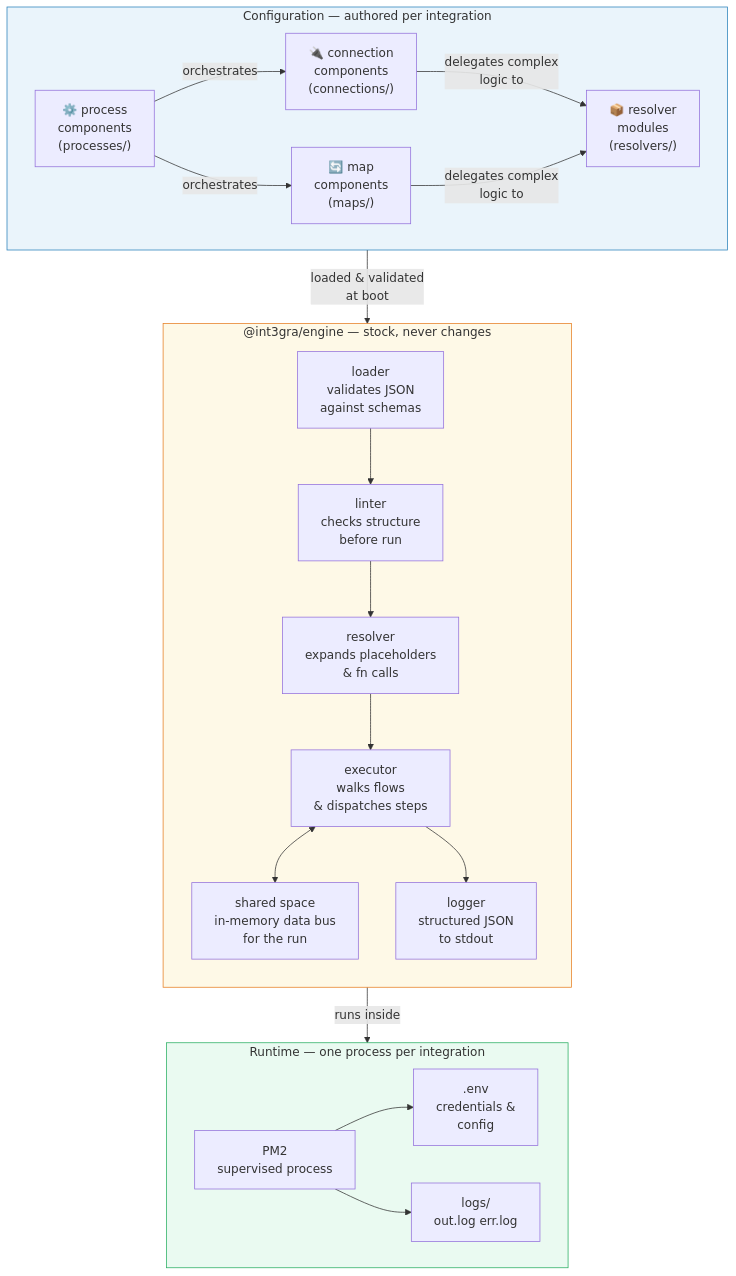
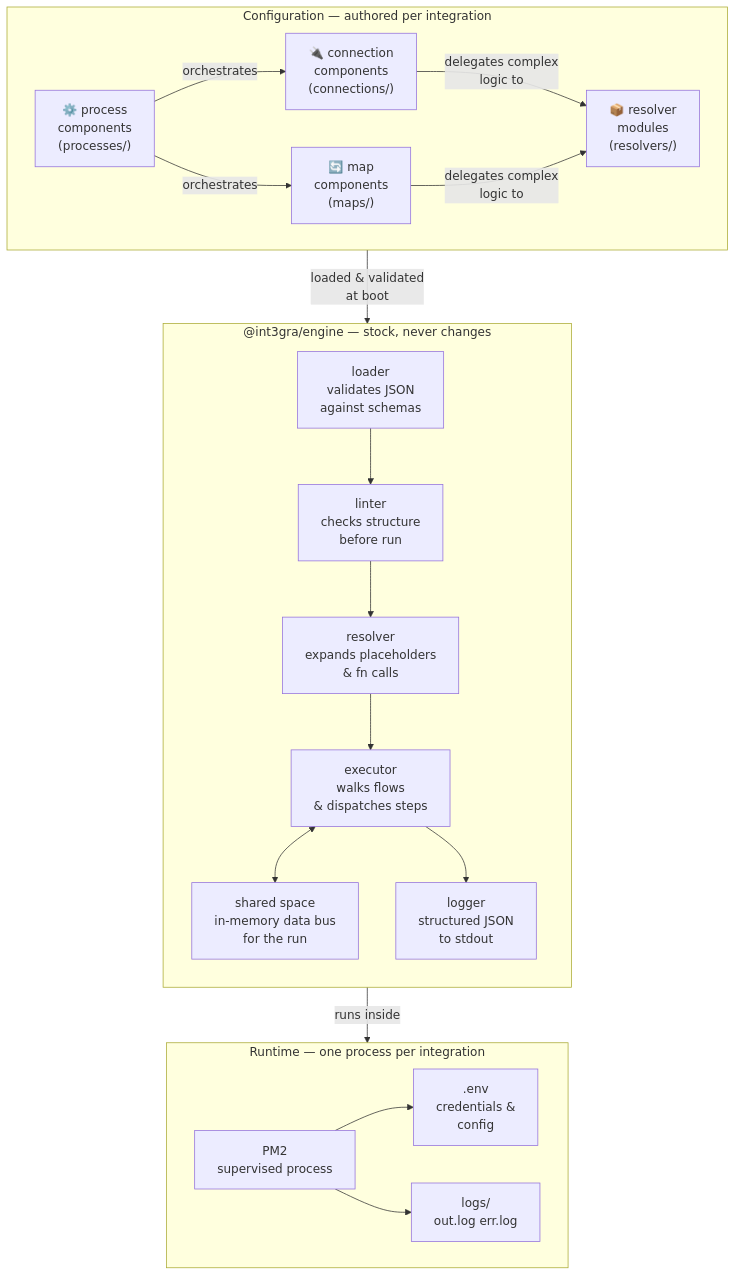
The second of 2 diagrams in README.md (ciacob/integra), drawn with Mermaid before and after one commit. The commit also changed other lines of this file and 6 other files, not shown here.

````diff
--- a/README.md
+++ b/README.md
@@ -48,42 +46,38 @@
 ```mermaid
 flowchart TB
     subgraph Config["Configuration — authored per integration"]
         direction LR
         CN["🔌 connection\ncomponents\n(connections/)"]
         MP["🔄 map\ncomponents\n(maps/)"]
         PR["⚙️ process\ncomponents\n(processes/)"]
         RS["📦 resolver\nmodules\n(resolvers/)"]
         PR -->|"orchestrates"| CN
         PR -->|"orchestrates"| MP
         CN & MP -->|"delegates complex\nlogic to"| RS
     end
  
     subgraph Engine["@int3gra/engine — stock, never changes"]
         direction TB
         LD["loader\nvalidates JSON\nagainst schemas"]
         LN["linter\nchecks structure\nbefore run"]
         RV["resolver\nexpands placeholders\n& fn calls"]
         EX["executor\nwalks flows\n& dispatches steps"]
         SH["shared space\nin-memory data bus\nfor the run"]
         LG["logger\nstructured JSON\nto stdout"]
  
         LD --> LN --> RV --> EX
         EX <--> SH
         EX --> LG
     end
  
     subgraph Runtime["Runtime — one process per integration"]
         PM["PM2\nsupervised process"]
         ENV[".env\ncredentials &\nconfig"]
         LOGS["logs/\nout.log  err.log"]
         PM --> ENV
         PM --> LOGS
     end
  
     Config -->|"loaded & validated\nat boot"| Engine
     Engine -->|"runs inside"| Runtime
- 
-    style Config fill:#eaf4fb,stroke:#2980b9
-    style Engine fill:#fef9e7,stroke:#e67e22
-    style Runtime fill:#eafaf1,stroke:#27ae60
 ```
````
